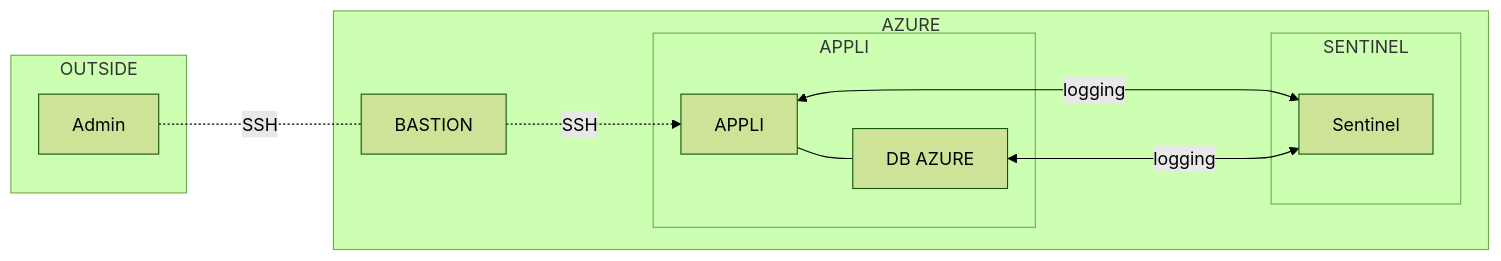
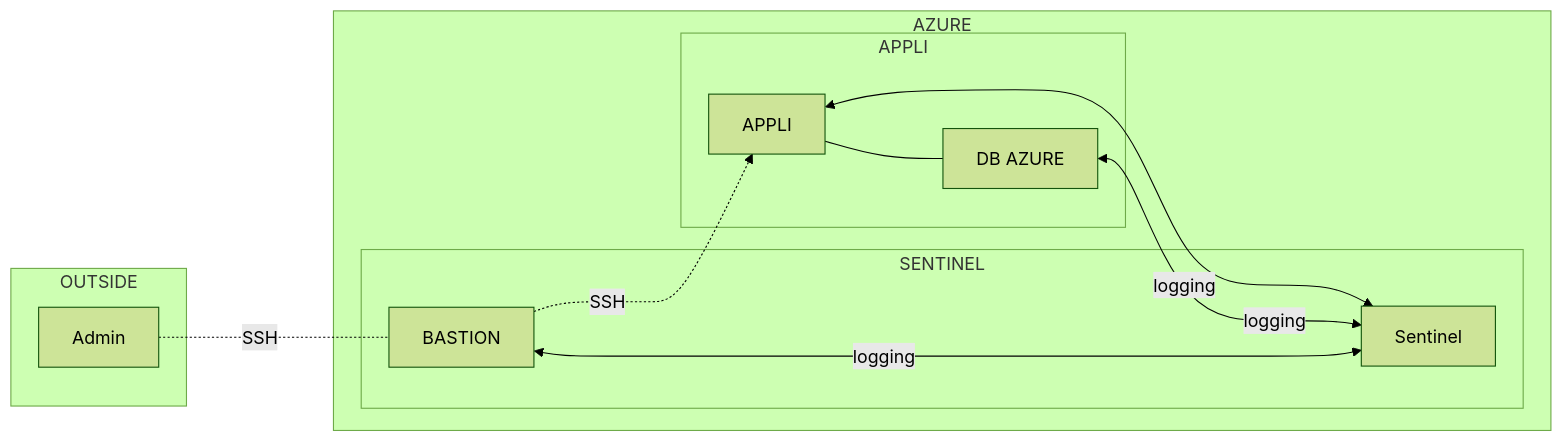
The diagram in DOC/shema_alain.md (b-quentin/simplon_brief3), drawn with Mermaid (forest theme) before and after one commit.

Commit message:
updated shema

````diff
--- a/DOC/shema_alain.md
+++ b/DOC/shema_alain.md
@@ -1,21 +1,22 @@
 ```mermaid
 flowchart LR
 subgraph OUTSIDE
 A[Admin]
 end
 A -. SSH-..- B
 subgraph AZURE
     B[BASTION]
     B-.SSH-..->C
     C---D
     subgraph APPLI
     C[APPLI]
     D[DB AZURE]
     end
     subgraph SENTINEL
         E[Sentinel]
         C <-- logging --->E
         D <-- logging --->E
+        B <-- logging --->E
     end
 end
 ```
````
